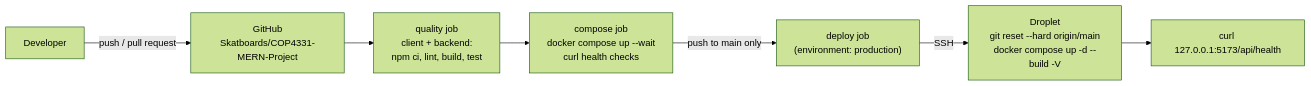
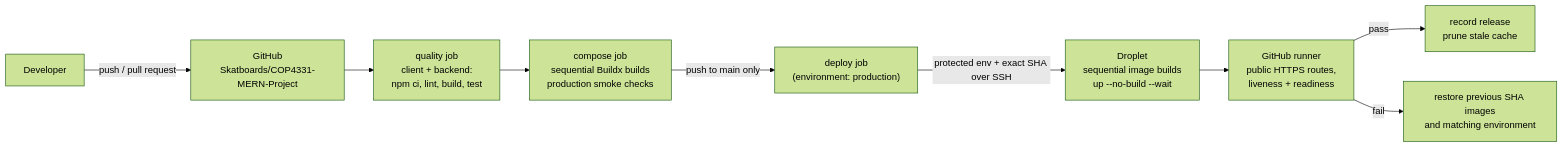
One commit to Skatboards/COP4331-MERN-Project changed the fourth of 4 diagrams in docs/system-design.md. Above: the diagram before and after it, drawn with Mermaid (forest theme). The commit also changed other lines of this file and 9 other files, not shown here.

````diff
--- a/docs/system-design.md
+++ b/docs/system-design.md
@@ -114,9 +129,11 @@
 ```mermaid
 flowchart LR
     dev["Developer"] -->|"push / pull request"| gh["GitHub<br/>Skatboards/COP4331-MERN-Project"]
     gh --> quality["quality job<br/>client + backend:<br/>npm ci, lint, build, test"]
-    quality --> composeJob["compose job<br/>docker compose up --wait<br/>curl health checks"]
+    quality --> composeJob["compose job<br/>sequential Buildx builds<br/>production smoke checks"]
     composeJob -->|"push to main only"| deploy["deploy job<br/>(environment: production)"]
-    deploy -->|SSH| droplet["Droplet<br/>git reset --hard origin/main<br/>docker compose up -d --build -V"]
-    droplet --> check["curl 127.0.0.1:5173/api/health"]
+    deploy -->|"protected env + exact SHA over SSH"| droplet["Droplet<br/>sequential image builds<br/>up --no-build --wait"]
+    droplet --> check["GitHub runner<br/>public HTTPS routes,<br/>liveness + readiness"]
+    check -->|pass| finalize["record release<br/>prune stale cache"]
+    check -->|fail| rollback["restore previous SHA images<br/>and matching environment"]
 ```
````
